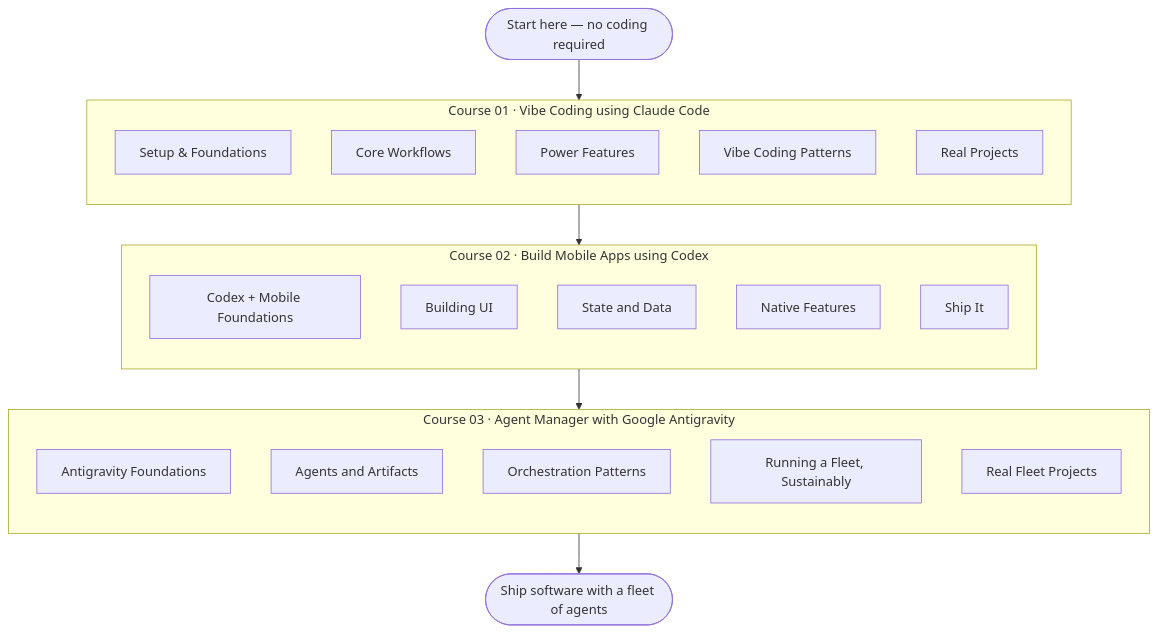
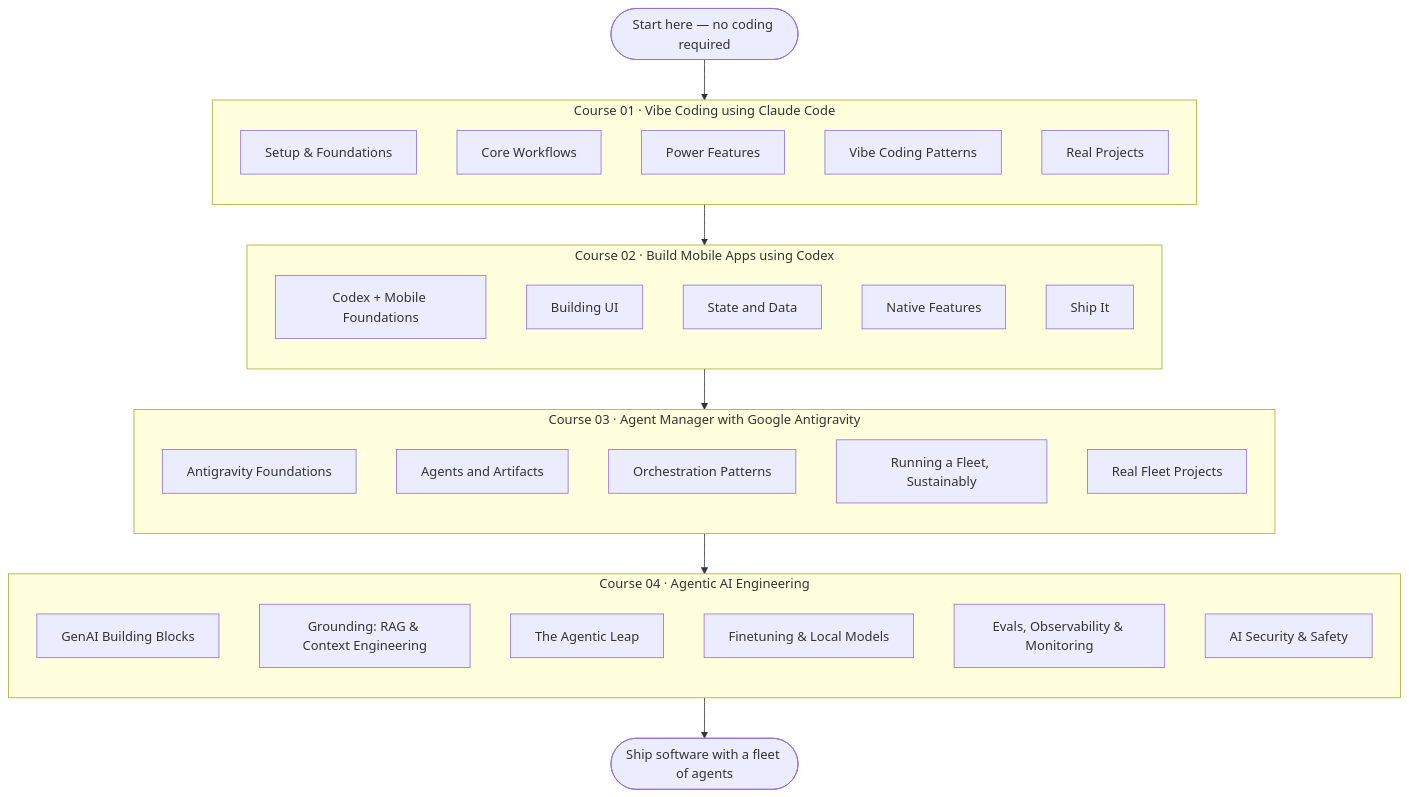
One commit to dineshxr/vibecodeschool changed the diagram in roadmap/README.md. Above: the diagram before and after it, drawn with Mermaid. The commit also changed other lines of this file and 4 other files, not shown here.

First line of the commit message:
feat: Course 04 — Agentic AI Engineering (25 lessons)

````diff
--- a/roadmap/README.md
+++ b/roadmap/README.md
@@ -11,31 +11,41 @@
 ```mermaid
 flowchart TD
     A(["Start here — no coding required"]) --> C1
     subgraph C1["Course 01 · Vibe Coding using Claude Code"]
         direction TB
         C1M1["Setup & Foundations"]
         C1M2["Core Workflows"]
         C1M3["Power Features"]
         C1M4["Vibe Coding Patterns"]
         C1M5["Real Projects"]
     end
     C1 --> C2
     subgraph C2["Course 02 · Build Mobile Apps using Codex"]
         direction TB
         C2M1["Codex + Mobile Foundations"]
         C2M2["Building UI"]
         C2M3["State and Data"]
         C2M4["Native Features"]
         C2M5["Ship It"]
     end
     C2 --> C3
     subgraph C3["Course 03 · Agent Manager with Google Antigravity"]
         direction TB
         C3M1["Antigravity Foundations"]
         C3M2["Agents and Artifacts"]
         C3M3["Orchestration Patterns"]
         C3M4["Running a Fleet, Sustainably"]
         C3M5["Real Fleet Projects"]
     end
-    C3 --> Z(["Ship software with a fleet of agents"])
+    C3 --> C4
+    subgraph C4["Course 04 · Agentic AI Engineering"]
+        direction TB
+        C4M1["GenAI Building Blocks"]
+        C4M2["Grounding: RAG & Context Engineering"]
+        C4M3["The Agentic Leap"]
+        C4M4["Finetuning & Local Models"]
+        C4M5["Evals, Observability & Monitoring"]
+        C4M6["AI Security & Safety"]
+    end
+    C4 --> Z(["Ship software with a fleet of agents"])
 ```
````
